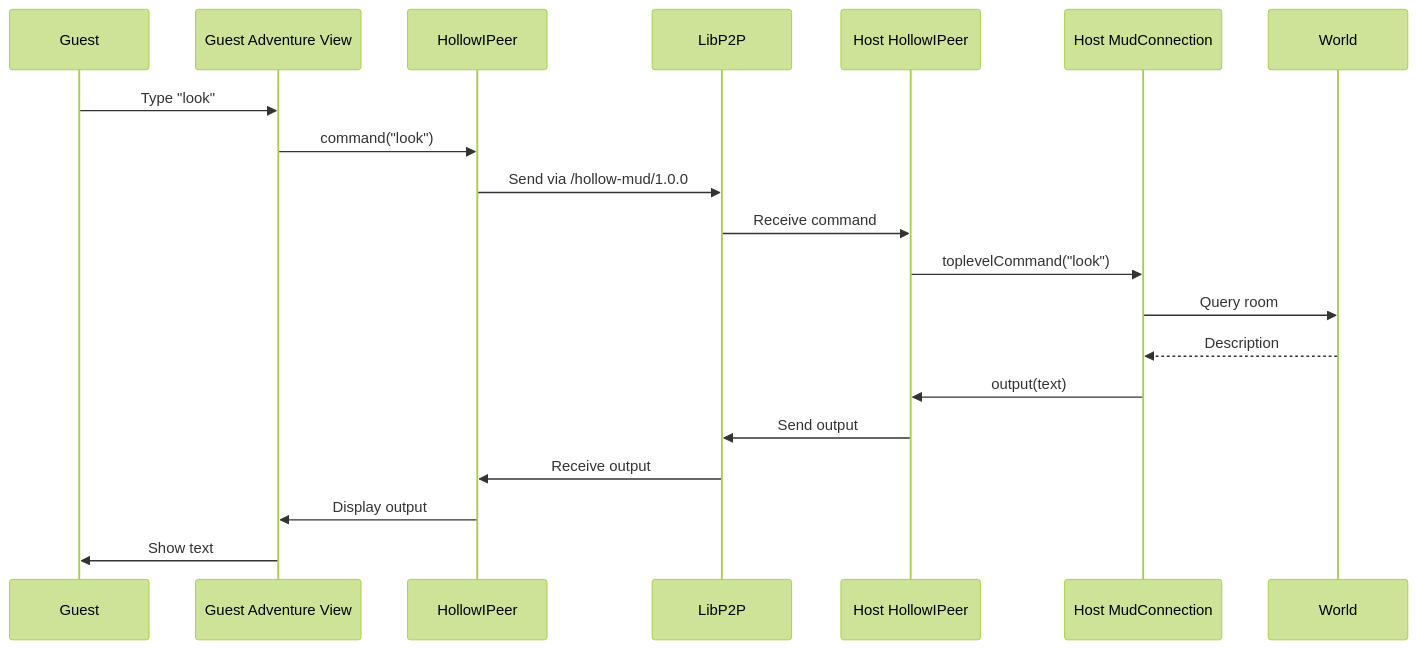
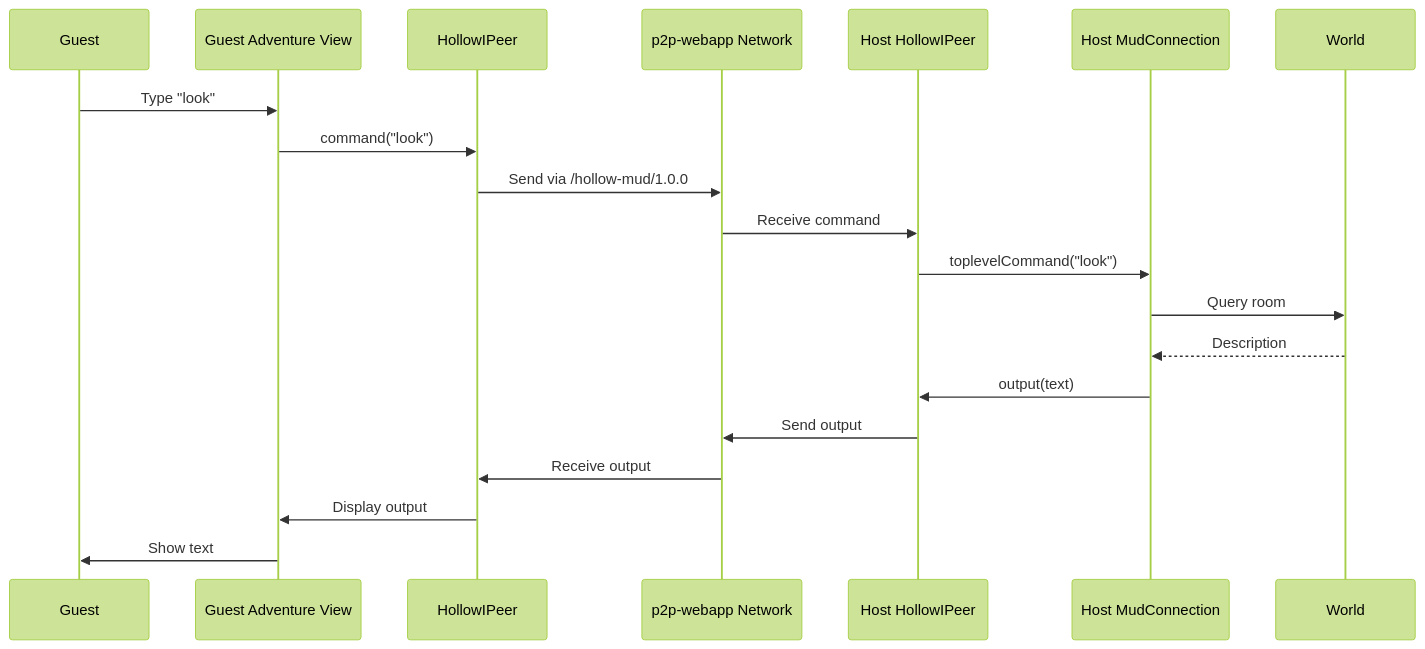
One commit to zot/hollow-world changed the third of 4 diagrams in specs/integrate-textcraft.md. Above: the diagram before and after it, drawn with Mermaid (forest theme). The commit also changed other lines of this file and 296 other files, not shown here.

````diff
--- a/specs/integrate-textcraft.md
+++ b/specs/integrate-textcraft.md
@@ -1073,23 +1109,23 @@
 ```mermaid
 sequenceDiagram
     participant Guest
     participant GuestAdv as Guest Adventure View
     participant HollowIPeer
-    participant LibP2P
+    participant P2PWebApp as p2p-webapp Network
     participant HostIPeer as Host HollowIPeer
     participant HostMudConn as Host MudConnection
     participant World
 
     Guest->>GuestAdv: Type "look"
     GuestAdv->>HollowIPeer: command("look")
-    HollowIPeer->>LibP2P: Send via /hollow-mud/1.0.0
-    LibP2P->>HostIPeer: Receive command
+    HollowIPeer->>P2PWebApp: Send via /hollow-mud/1.0.0
+    P2PWebApp->>HostIPeer: Receive command
     HostIPeer->>HostMudConn: toplevelCommand("look")
     HostMudConn->>World: Query room
     World-->>HostMudConn: Description
     HostMudConn->>HostIPeer: output(text)
-    HostIPeer->>LibP2P: Send output
-    LibP2P->>HollowIPeer: Receive output
+    HostIPeer->>P2PWebApp: Send output
+    P2PWebApp->>HollowIPeer: Receive output
     HollowIPeer->>GuestAdv: Display output
     GuestAdv->>Guest: Show text
 ```
````
